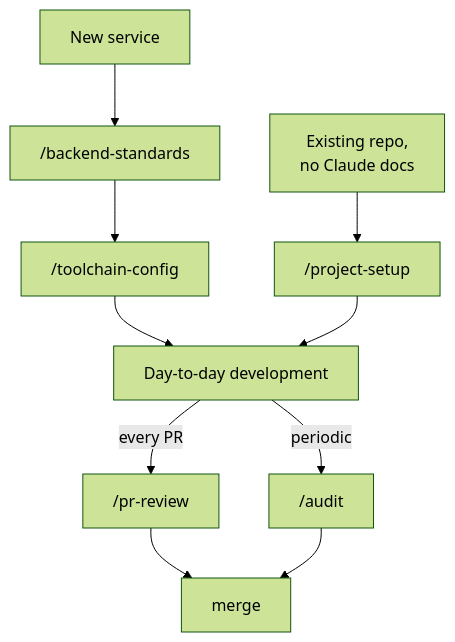
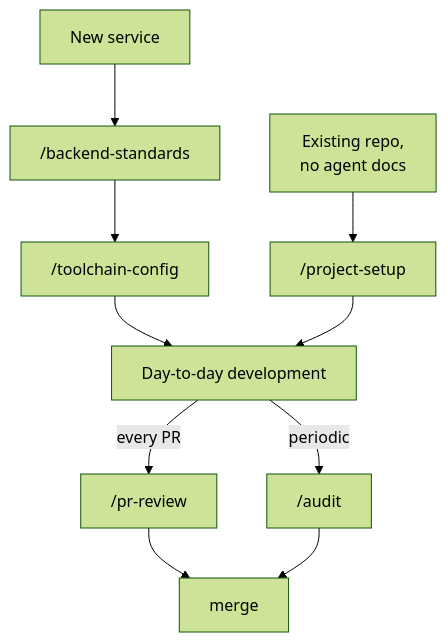
The diagram in USAGE.md (YoussefRashad/backend-agent-skills), drawn with Mermaid (forest theme) before and after one commit. The commit also changed other lines of this file and 1 other file, not shown here.

First line of the commit message:
docs: sync repo-level docs to project-setup 3.0.0-rc.1

````diff
--- a/USAGE.md
+++ b/USAGE.md
@@ -23,12 +23,12 @@
 ```mermaid
 flowchart TD
     New["New service"] --> BS["/backend-standards"]
     BS --> TC["/toolchain-config"]
-    Existing["Existing repo,<br/>no Claude docs"] --> PS["/project-setup"]
+    Existing["Existing repo,<br/>no agent docs"] --> PS["/project-setup"]
     TC --> Dev["Day-to-day development"]
     PS --> Dev
     Dev -->|every PR| PR["/pr-review"]
     Dev -->|periodic| AU["/audit"]
     PR --> Merge["merge"]
     AU --> Merge
 ```
````
